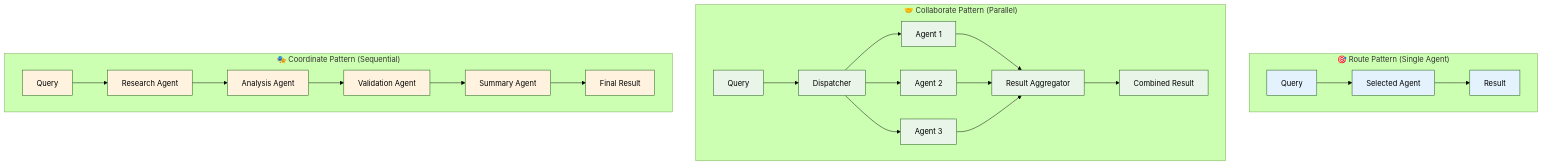
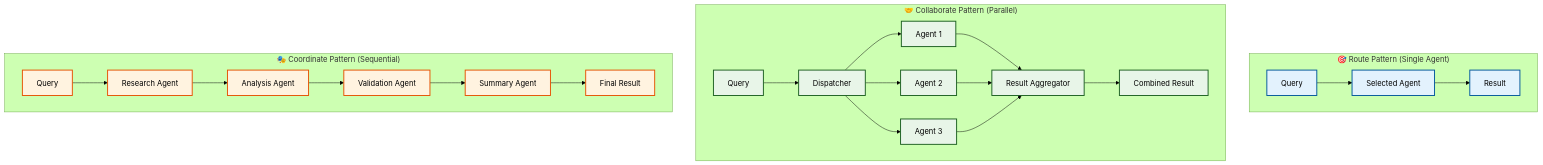
One commit to AgenticGoKit/AgenticGoKit changed the fourth of 4 diagrams in docs/Architecture.md. Above: the diagram before and after it, drawn with Mermaid (forest theme). The commit also changed other lines of this file, not shown here.

Commit message:
diagram themes update

````diff
--- a/docs/Architecture.md
+++ b/docs/Architecture.md
@@ -306,34 +306,34 @@
 ```mermaid
 flowchart TD
     subgraph RoutePattern ["🎯 Route Pattern (Single Agent)"]
         ROUTEQUERY[Query] --> ROUTEAGENT[Selected Agent] --> ROUTERESULT[Result]
     end
     
     subgraph CollaboratePattern ["🤝 Collaborate Pattern (Parallel)"]
         COLLABQUERY[Query] --> DISPATCHER[Dispatcher]
         DISPATCHER --> AGENT1[Agent 1]
         DISPATCHER --> AGENT2[Agent 2] 
         DISPATCHER --> AGENT3[Agent 3]
         AGENT1 --> AGGREGATOR[Result Aggregator]
         AGENT2 --> AGGREGATOR
         AGENT3 --> AGGREGATOR
         AGGREGATOR --> COLLABRESULT[Combined Result]
     end
     
     subgraph CoordinatePattern ["🎭 Coordinate Pattern (Sequential)"]
         COORDQUERY[Query] --> RESEARCH[Research Agent]
         RESEARCH --> ANALYSIS[Analysis Agent]
         ANALYSIS --> VALIDATION[Validation Agent]
         VALIDATION --> SUMMARY[Summary Agent]
         SUMMARY --> COORDRESULT[Final Result]
     end
     
     %% Styling
-    classDef routeStyle fill:#e3f2fd
-    classDef collaborateStyle fill:#e8f5e8  
-    classDef coordinateStyle fill:#fff3e0
+    classDef routeStyle fill:#e3f2fd,stroke:#01579b,stroke-width:2px,color:#000
+    classDef collaborateStyle fill:#e8f5e8,stroke:#1b5e20,stroke-width:2px,color:#000  
+    classDef coordinateStyle fill:#fff3e0,stroke:#e65100,stroke-width:2px,color:#000
     
     class ROUTEQUERY,ROUTEAGENT,ROUTERESULT routeStyle
     class COLLABQUERY,DISPATCHER,AGENT1,AGENT2,AGENT3,AGGREGATOR,COLLABRESULT collaborateStyle
     class COORDQUERY,RESEARCH,ANALYSIS,VALIDATION,SUMMARY,COORDRESULT coordinateStyle
 ```
````
